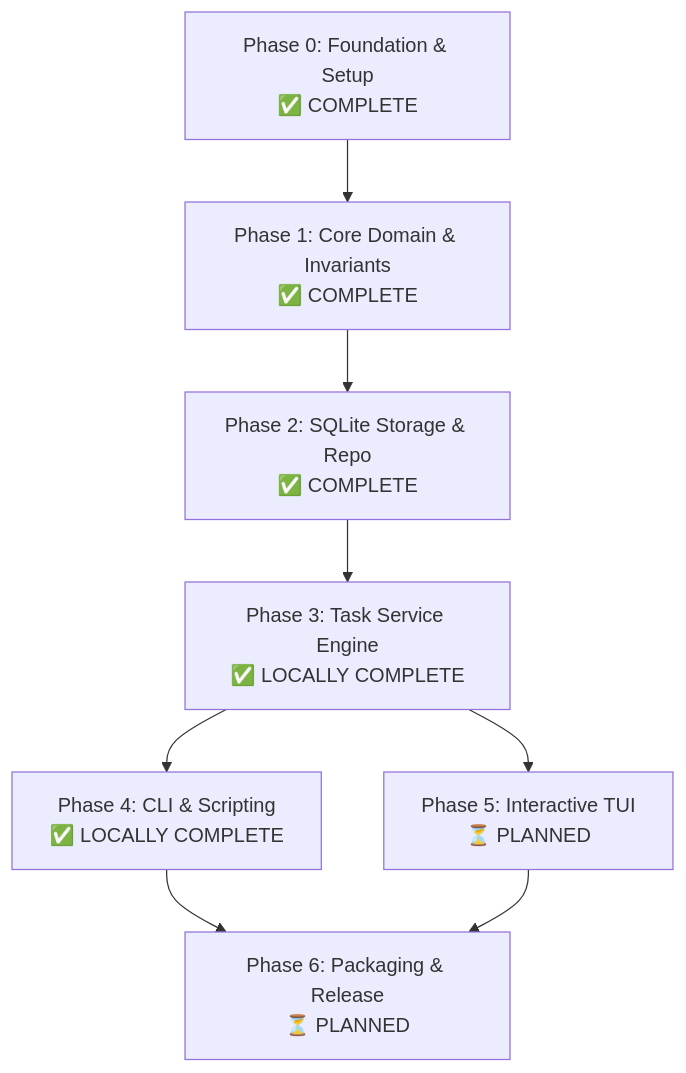
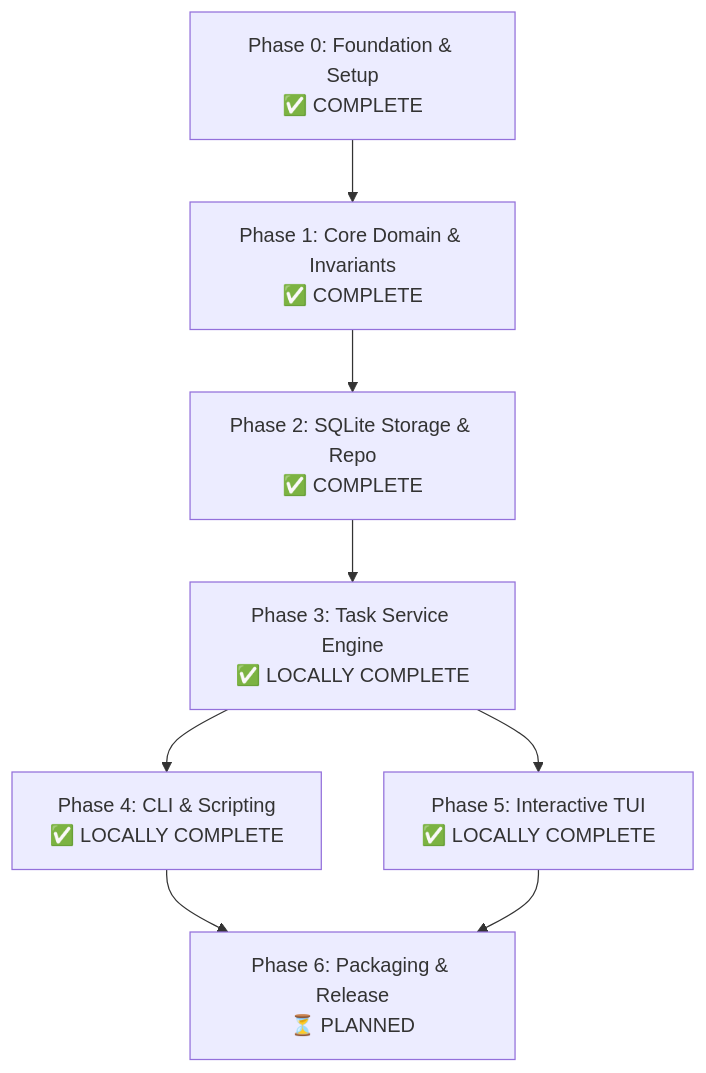
The diagram in MASTERPLAN.md (newbpydev/tusk), drawn with Mermaid before and after one commit. The commit also changed other lines of this file and 894 other files, not shown here.

First line of the commit message:
feat(tui): add the interactive task application (#5)

````diff
--- a/MASTERPLAN.md
+++ b/MASTERPLAN.md
@@ -107,10 +212,10 @@
 ```mermaid
 graph TD
     P0[Phase 0: Foundation & Setup<br/>✅ COMPLETE] --> P1[Phase 1: Core Domain & Invariants<br/>✅ COMPLETE]
     P1 --> P2[Phase 2: SQLite Storage & Repo<br/>✅ COMPLETE]
     P2 --> P3[Phase 3: Task Service Engine<br/>✅ LOCALLY COMPLETE]
     P3 --> P4[Phase 4: CLI & Scripting<br/>✅ LOCALLY COMPLETE]
-    P3 --> P5[Phase 5: Interactive TUI<br/>⏳ PLANNED]
+    P3 --> P5[Phase 5: Interactive TUI<br/>✅ LOCALLY COMPLETE]
     P4 --> P6[Phase 6: Packaging & Release<br/>⏳ PLANNED]
     P5 --> P6
 ```
````
